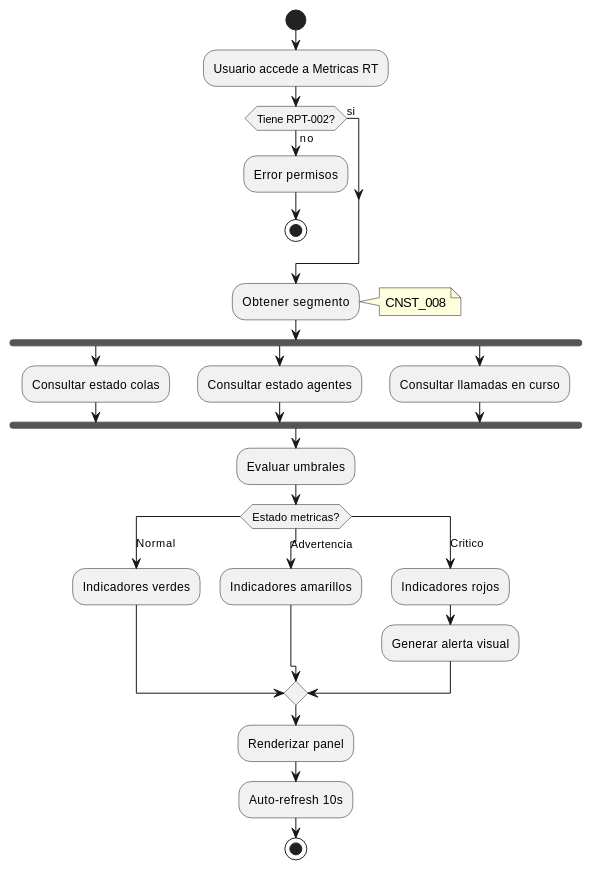
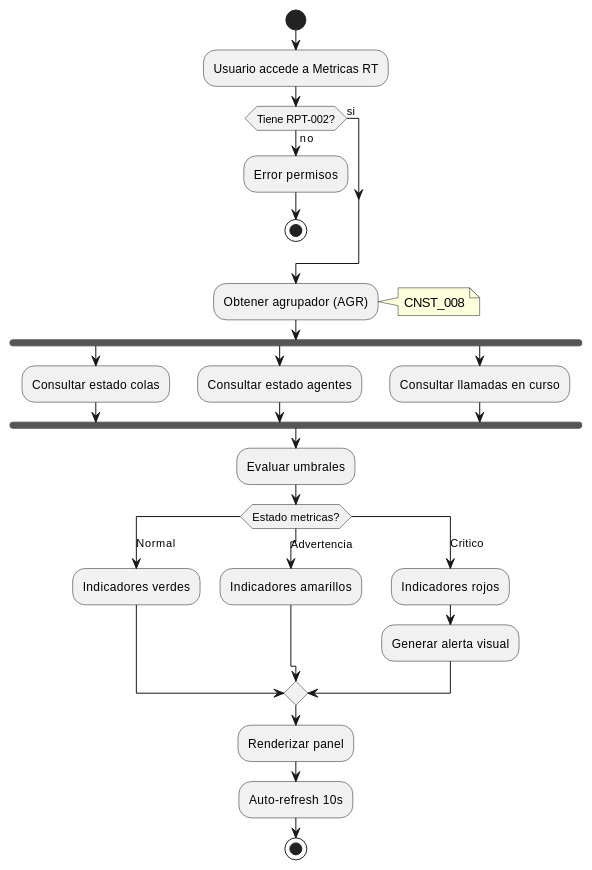
Before and after one commit to jcg-admin/IACT-docs: the third of 3 diagrams in source/requisitos/casos-uso/reports/uc-rpt-02-ver-metricas-tiempo-real.rst, drawn with PlantUML. The commit also changed other lines of this file and 14 other files, not shown here.

```diff
--- a/source/requisitos/casos-uso/reports/uc-rpt-02-ver-metricas-tiempo-real.rst
+++ b/source/requisitos/casos-uso/reports/uc-rpt-02-ver-metricas-tiempo-real.rst
@@ -295,41 +295,41 @@
 .. uml::
  :caption: Diagrama de Actividad - UC_RPT_02
 
  @startuml
  start
  :Usuario accede a Metricas RT;
 
  if (Tiene RPT-002?) then (no)
  :Error permisos;
  stop
  else (si)
  endif
 
- :Obtener segmento;
+ :Obtener agrupador (AGR);
  note right: CNST_008
 
  fork
  :Consultar estado colas;
  fork again
  :Consultar estado agentes;
  fork again
  :Consultar llamadas en curso;
  end fork
 
  :Evaluar umbrales;
 
  switch (Estado metricas?)
  case (Normal)
  :Indicadores verdes;
  case (Advertencia)
  :Indicadores amarillos;
  case (Critico)
  :Indicadores rojos;
  :Generar alerta visual;
  endswitch
 
  :Renderizar panel;
  :Auto-refresh 10s;
 
  stop
  @enduml
```
